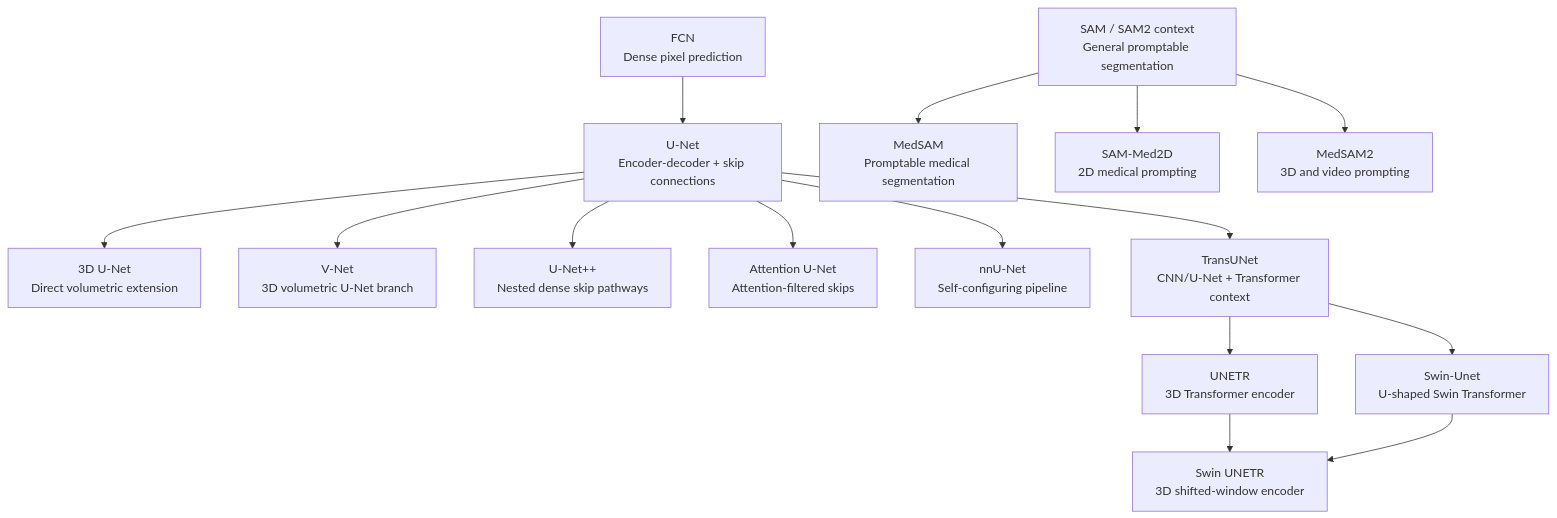
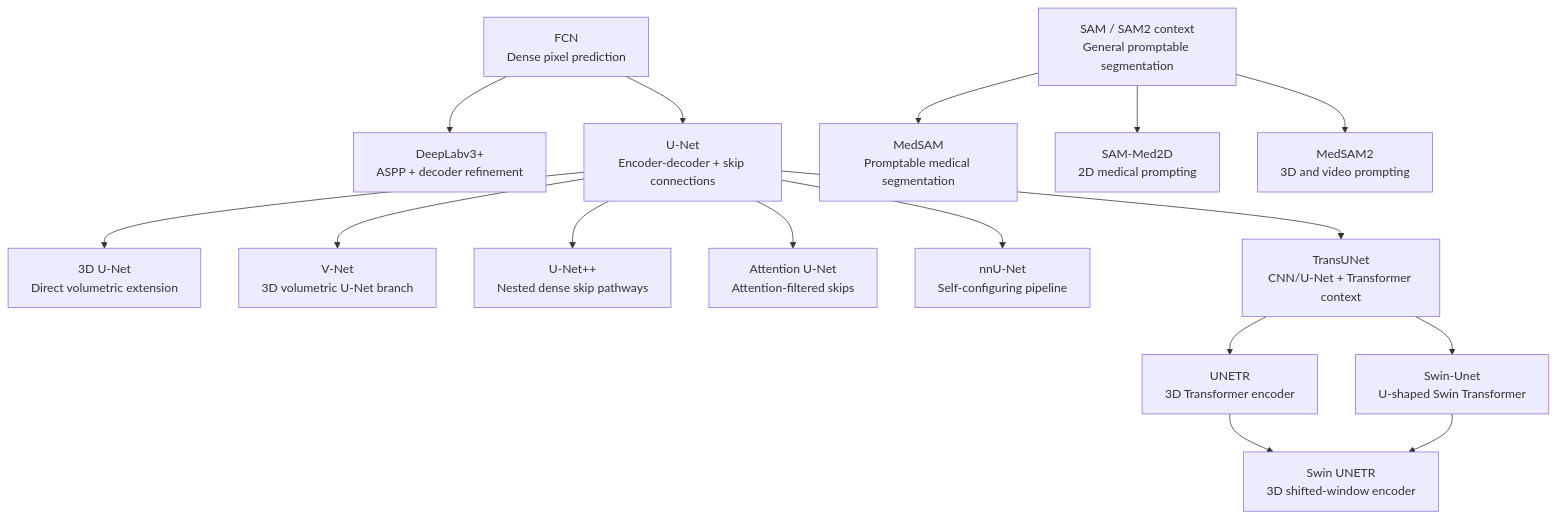
The diagram in docs/evolution/lineage.md (LeonSilva15/medical-image-segmentation-architectures), drawn with Mermaid before and after one commit. The commit also changed other lines of this file and 6 other files, not shown here.

Commit message:
docs: add DeepLabv3+ reference architecture

````diff
--- a/docs/evolution/lineage.md
+++ b/docs/evolution/lineage.md
@@ -7,33 +7,35 @@
 ```mermaid
 graph TD
     FCN["FCN<br/>Dense pixel prediction"]
+    DeepLabV3Plus["DeepLabv3+<br/>ASPP + decoder refinement"]
     UNet["U-Net<br/>Encoder-decoder + skip connections"]
     UNet3D["3D U-Net<br/>Direct volumetric extension"]
     VNet["V-Net<br/>3D volumetric U-Net branch"]
     UNetPP["U-Net++<br/>Nested dense skip pathways"]
     AttUNet["Attention U-Net<br/>Attention-filtered skips"]
     nnUNet["nnU-Net<br/>Self-configuring pipeline"]
     TransUNet["TransUNet<br/>CNN/U-Net + Transformer context"]
     SwinUnet["Swin-Unet<br/>U-shaped Swin Transformer"]
     UNETR["UNETR<br/>3D Transformer encoder"]
     SwinUNETR["Swin UNETR<br/>3D shifted-window encoder"]
     SAMRoot["SAM / SAM2 context<br/>General promptable segmentation"]
     MedSAM["MedSAM<br/>Promptable medical segmentation"]
     SAMMed2D["SAM-Med2D<br/>2D medical prompting"]
     MedSAM2["MedSAM2<br/>3D and video prompting"]
 
     FCN --> UNet
+    FCN --> DeepLabV3Plus
     UNet --> UNet3D
     UNet --> VNet
     UNet --> UNetPP
     UNet --> AttUNet
     UNet --> nnUNet
     UNet --> TransUNet
     TransUNet --> SwinUnet
     TransUNet --> UNETR
     UNETR --> SwinUNETR
     SwinUnet --> SwinUNETR
     SAMRoot --> MedSAM
     SAMRoot --> SAMMed2D
     SAMRoot --> MedSAM2
 ```
````
